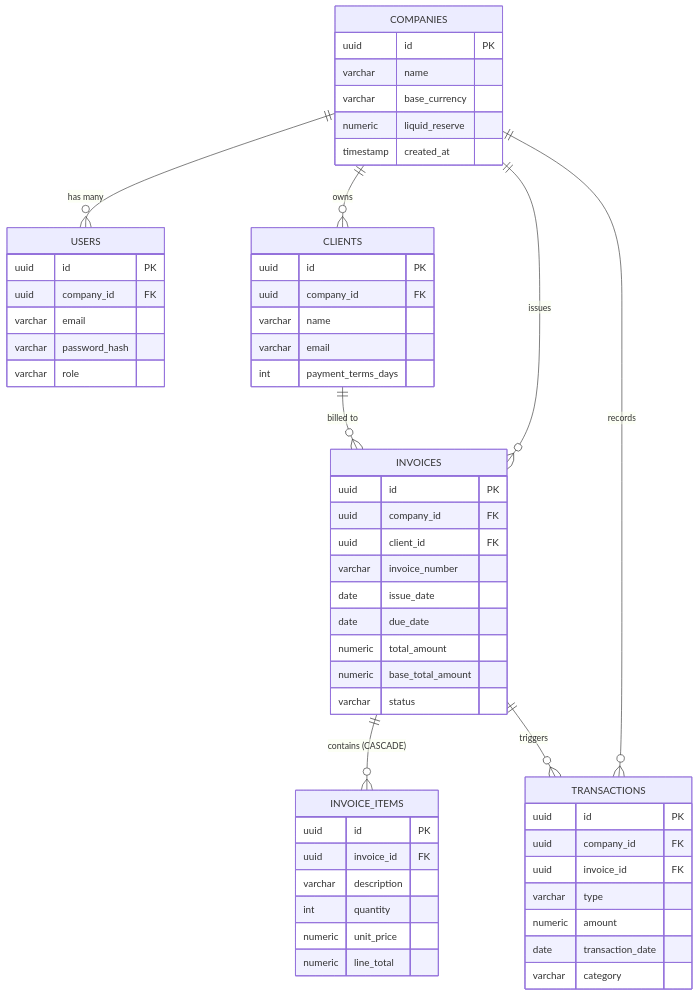
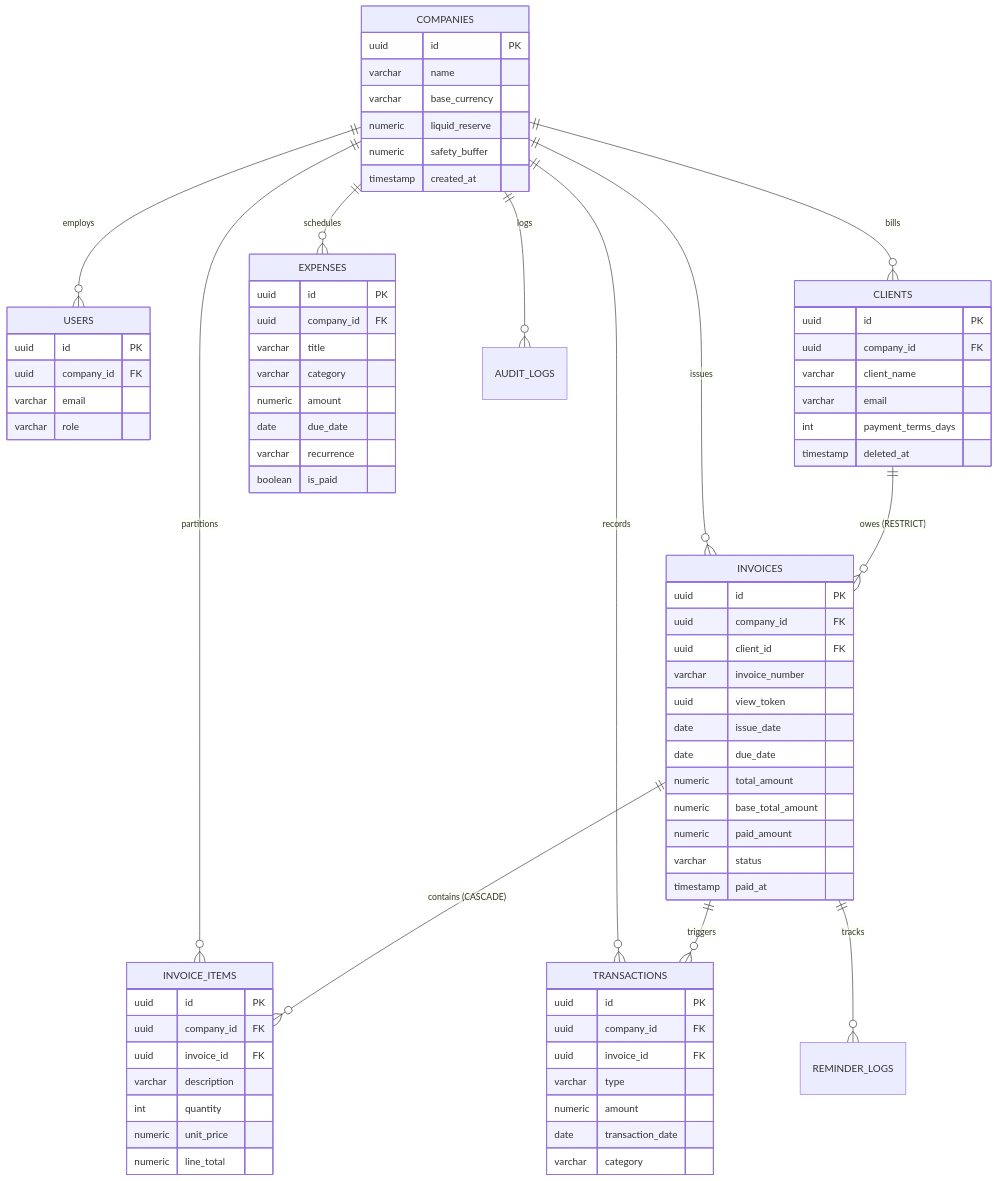
One commit to ahmad-006/finflow changed the diagram in README.md. Above: the diagram before and after it, drawn with Mermaid. The commit also changed other lines of this file, not shown here.

Commit message:
docs: update README.md with hardened modular monolith architecture and full ERD

````diff
--- a/README.md
+++ b/README.md
@@ -120,60 +125,80 @@
 ```mermaid
 erDiagram
-    COMPANIES ||--o{ USERS : "has many"
-    COMPANIES ||--o{ CLIENTS : "owns"
+    COMPANIES ||--o{ USERS : "employs"
+    COMPANIES ||--o{ CLIENTS : "bills"
     COMPANIES ||--o{ INVOICES : "issues"
+    COMPANIES ||--o{ INVOICE_ITEMS : "partitions"
+    COMPANIES ||--o{ EXPENSES : "schedules"
     COMPANIES ||--o{ TRANSACTIONS : "records"
-    CLIENTS ||--o{ INVOICES : "billed to"
+    COMPANIES ||--o{ AUDIT_LOGS : "logs"
+
+    CLIENTS ||--o{ INVOICES : "owes (RESTRICT)"
     INVOICES ||--o{ INVOICE_ITEMS : "contains (CASCADE)"
     INVOICES ||--o{ TRANSACTIONS : "triggers"
+    INVOICES ||--o{ REMINDER_LOGS : "tracks"
 
     COMPANIES {
         uuid id PK
         varchar name
         varchar base_currency
         numeric liquid_reserve
+        numeric safety_buffer
         timestamp created_at
     }
     USERS {
         uuid id PK
         uuid company_id FK
         varchar email
-        varchar password_hash
         varchar role
     }
     CLIENTS {
         uuid id PK
         uuid company_id FK
-        varchar name
+        varchar client_name
         varchar email
         int payment_terms_days
+        timestamp deleted_at
     }
     INVOICES {
         uuid id PK
         uuid company_id FK
         uuid client_id FK
         varchar invoice_number
+        uuid view_token
         date issue_date
         date due_date
         numeric total_amount
         numeric base_total_amount
+        numeric paid_amount
         varchar status
+        timestamp paid_at
     }
     INVOICE_ITEMS {
         uuid id PK
+        uuid company_id FK
         uuid invoice_id FK
         varchar description
         int quantity
         numeric unit_price
         numeric line_total
+    }
+    EXPENSES {
+        uuid id PK
+        uuid company_id FK
+        varchar title
+        varchar category
+        numeric amount
+        date due_date
+        varchar recurrence
+        boolean is_paid
     }
     TRANSACTIONS {
         uuid id PK
         uuid company_id FK
         uuid invoice_id FK
         varchar type
         numeric amount
         date transaction_date
         varchar category
     }
 ```
````
